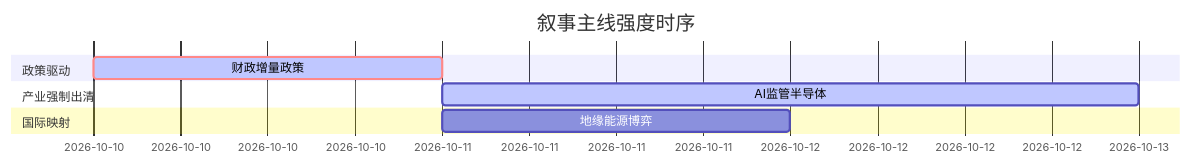
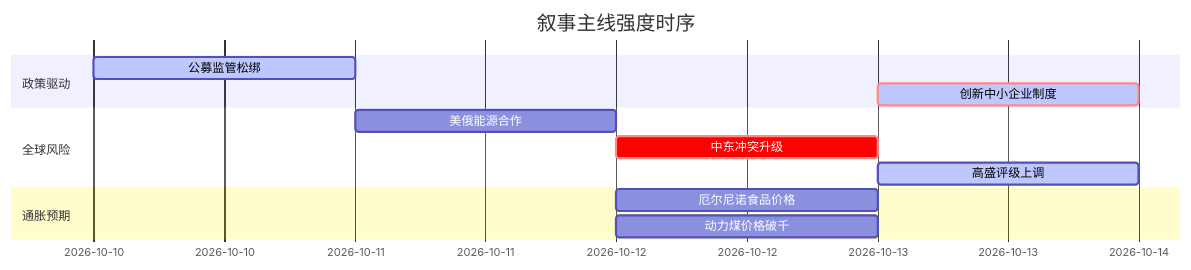
One commit to uu5zn/uu5zn.github.io changed the diagram in 5day_report.md. Above: the diagram before and after it, drawn with Mermaid. The commit also changed other lines of this file and 23 other files, not shown here.

````diff
--- a/5day_report.md
+++ b/5day_report.md
@@ -53,11 +56,17 @@
 ```mermaid
 gantt
     title 叙事主线强度时序
-    dateFormat  YYYY-MM-DD
+    dateFormat YYYY-MM-DD
     section 政策驱动
-    财政增量政策   :crit, active, 2026-10-10, 1d
-    section 产业强制出清
-    AI监管半导体   :active, 2026-10-11, 2d
-    section 国际映射
-    地缘能源博弈   :2026-10-11, 1d
+    公募监管松绑     :active, 2026-10-10, 1d
+    创新中小企业制度 :crit, active, 2026-10-13, 1d
+    
+    section 全球风险
+    美俄能源合作     :2026-10-11, 1d
+    中东冲突升级     :crit, 2026-10-12, 1d
+    高盛评级上调     :active, 2026-10-13, 1d
+    
+    section 通胀预期
+    厄尔尼诺食品价格 :2026-10-12, 1d
+    动力煤价格破千   :2026-10-12, 1d
 ```
````
